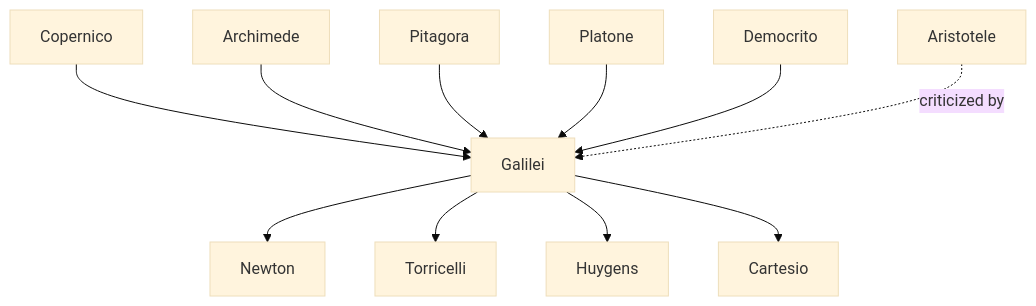
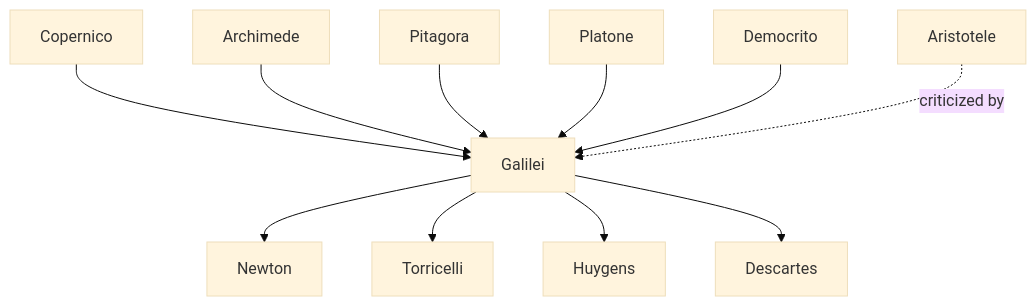
One commit to graph-ist/zettelkasten changed the diagram in content/Galilei.md. Above: the diagram before and after it, drawn with Mermaid (base theme). The commit also changed other lines of this file and 14 other files, not shown here.

Commit message:
Refactor and enhance philosophical content: removed Cartesio.md, integrated key concepts into Descartes.md; updated Galilei.md references; improved layout and styles for better user experience; added documentation for custom components in Quartz.

````diff
--- a/content/Galilei.md
+++ b/content/Galilei.md
@@ -65,15 +65,15 @@
 ```mermaid
 flowchart TD
     Copernico --> Galilei
     Archimede --> Galilei
     Pitagora --> Galilei
     Platone --> Galilei
     Democrito --> Galilei
     Aristotele -.->|criticized by| Galilei
     Galilei --> Newton
     Galilei --> Torricelli
     Galilei --> Huygens
-    Galilei --> Cartesio
+    Galilei --> Descartes
 
-    class Copernico,Archimede,Pitagora,Platone,Democrito,Aristotele,Galilei,Newton,Torricelli,Huygens,Cartesio internal-link;
+    class Copernico,Archimede,Pitagora,Platone,Democrito,Aristotele,Galilei,Newton,Torricelli,Huygens,Descartes internal-link;
 ```
````
